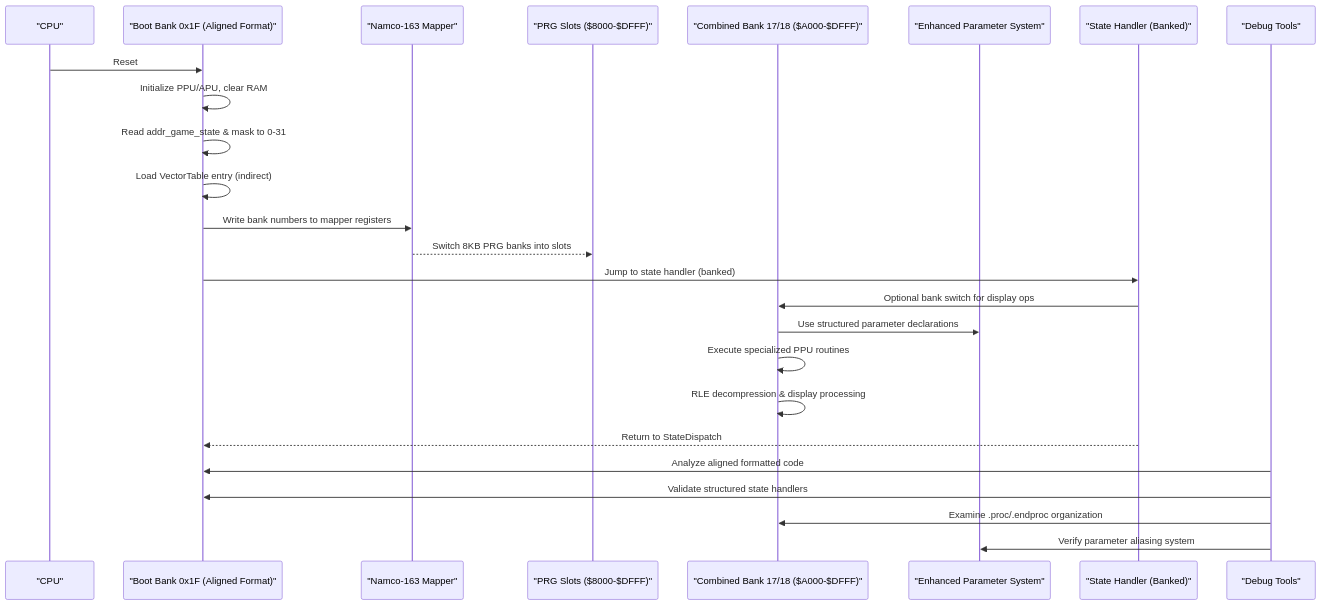
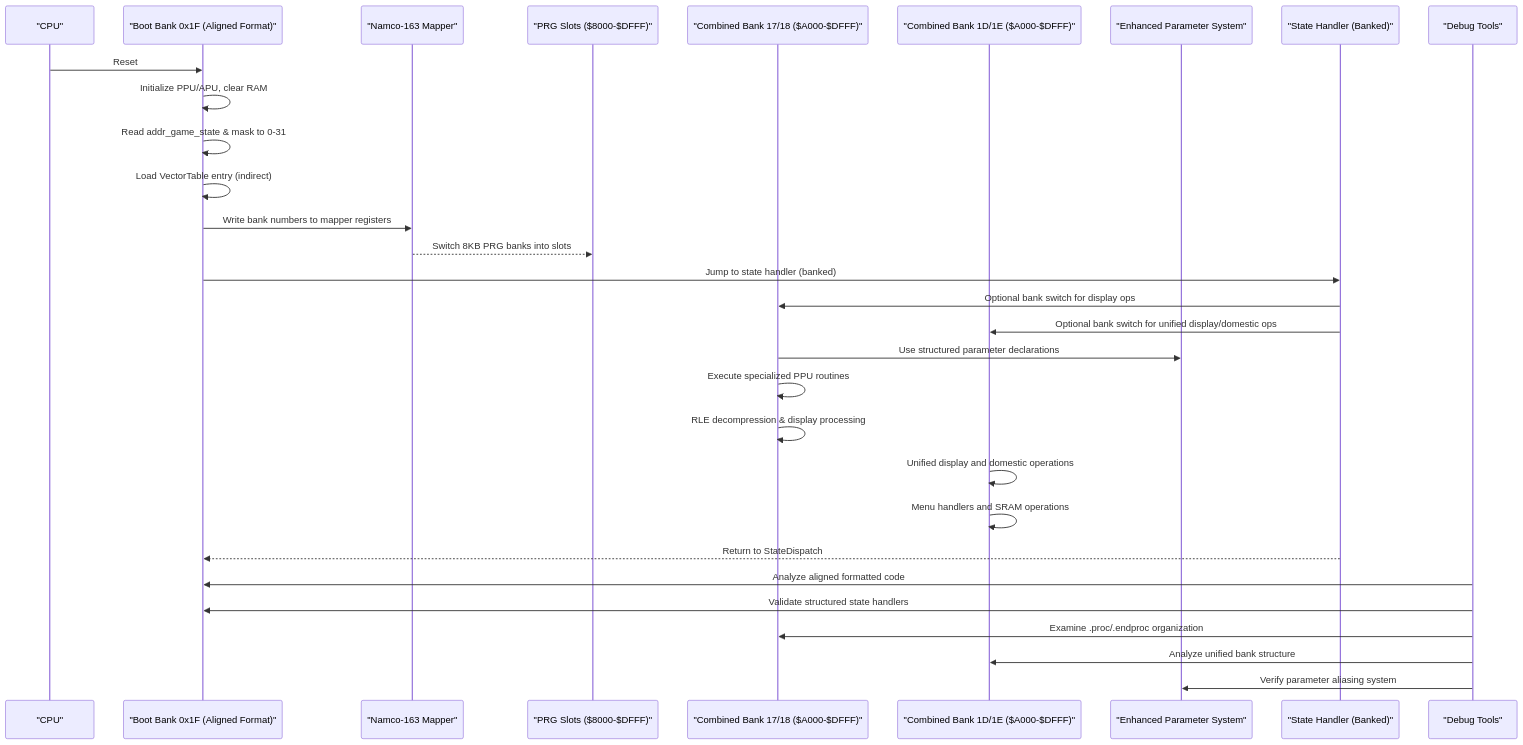
The second of 11 diagrams in .qoder/repowiki/en/content/Assembly Architecture/Assembly Architecture.md (rabbyzero/sango2dasm), drawn with Mermaid before and after one commit. The commit also changed other lines of this file and 15 other files, not shown here.

````diff
--- a/.qoder/repowiki/en/content/Assembly Architecture/Assembly Architecture.md
+++ b/.qoder/repowiki/en/content/Assembly Architecture/Assembly Architecture.md
@@ -140,27 +162,32 @@
 ```mermaid
 sequenceDiagram
 participant CPU as "CPU"
 participant BOOT as "Boot Bank 0x1F (Aligned Format)"
 participant MAP as "Namco-163 Mapper"
 participant SLOTS as "PRG Slots ($8000-$DFFF)"
-participant COMBINED as "Combined Bank 17/18 ($A000-$DFFF)"
+participant COMBINED17_18 as "Combined Bank 17/18 ($A000-$DFFF)"
+participant COMBINED1D_1E as "Combined Bank 1D/1E ($A000-$DFFF)"
 participant PARAMSYS as "Enhanced Parameter System"
 participant STATE as "State Handler (Banked)"
 participant DEBUG as "Debug Tools"
 CPU->>BOOT : Reset
 BOOT->>BOOT : Initialize PPU/APU, clear RAM
 BOOT->>BOOT : Read addr_game_state & mask to 0-31
 BOOT->>BOOT : Load VectorTable entry (indirect)
 BOOT->>MAP : Write bank numbers to mapper registers
 MAP-->>SLOTS : Switch 8KB PRG banks into slots
 BOOT->>STATE : Jump to state handler (banked)
-STATE->>COMBINED : Optional bank switch for display ops
-COMBINED->>PARAMSYS : Use structured parameter declarations
-COMBINED->>COMBINED : Execute specialized PPU routines
-COMBINED->>COMBINED : RLE decompression & display processing
+STATE->>COMBINED17_18 : Optional bank switch for display ops
+STATE->>COMBINED1D_1E : Optional bank switch for unified display/domestic ops
+COMBINED17_18->>PARAMSYS : Use structured parameter declarations
+COMBINED17_18->>COMBINED17_18 : Execute specialized PPU routines
+COMBINED17_18->>COMBINED17_18 : RLE decompression & display processing
+COMBINED1D_1E->>COMBINED1D_1E : Unified display and domestic operations
+COMBINED1D_1E->>COMBINED1D_1E : Menu handlers and SRAM operations
 STATE-->>BOOT : Return to StateDispatch
 DEBUG->>BOOT : Analyze aligned formatted code
 DEBUG->>BOOT : Validate structured state handlers
-DEBUG->>COMBINED : Examine .proc/.endproc organization
+DEBUG->>COMBINED17_18 : Examine .proc/.endproc organization
+DEBUG->>COMBINED1D_1E : Analyze unified bank structure
 DEBUG->>PARAMSYS : Verify parameter aliasing system
 ```
````
